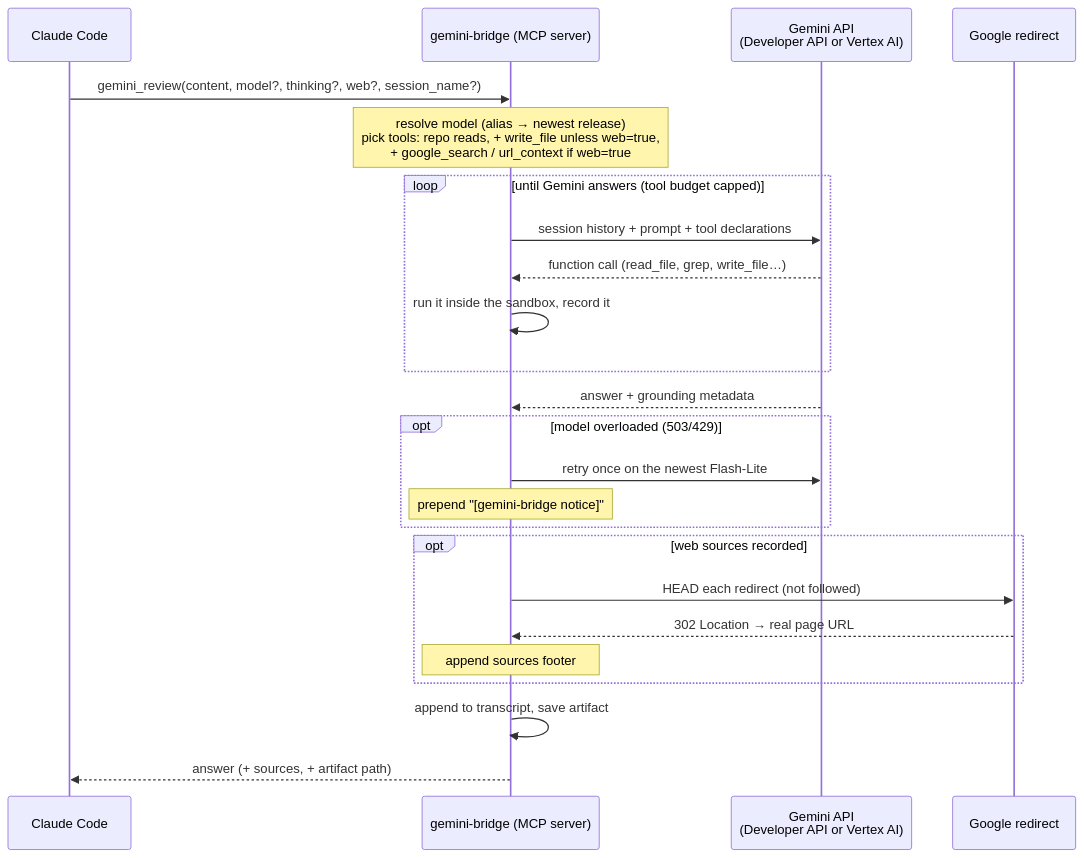
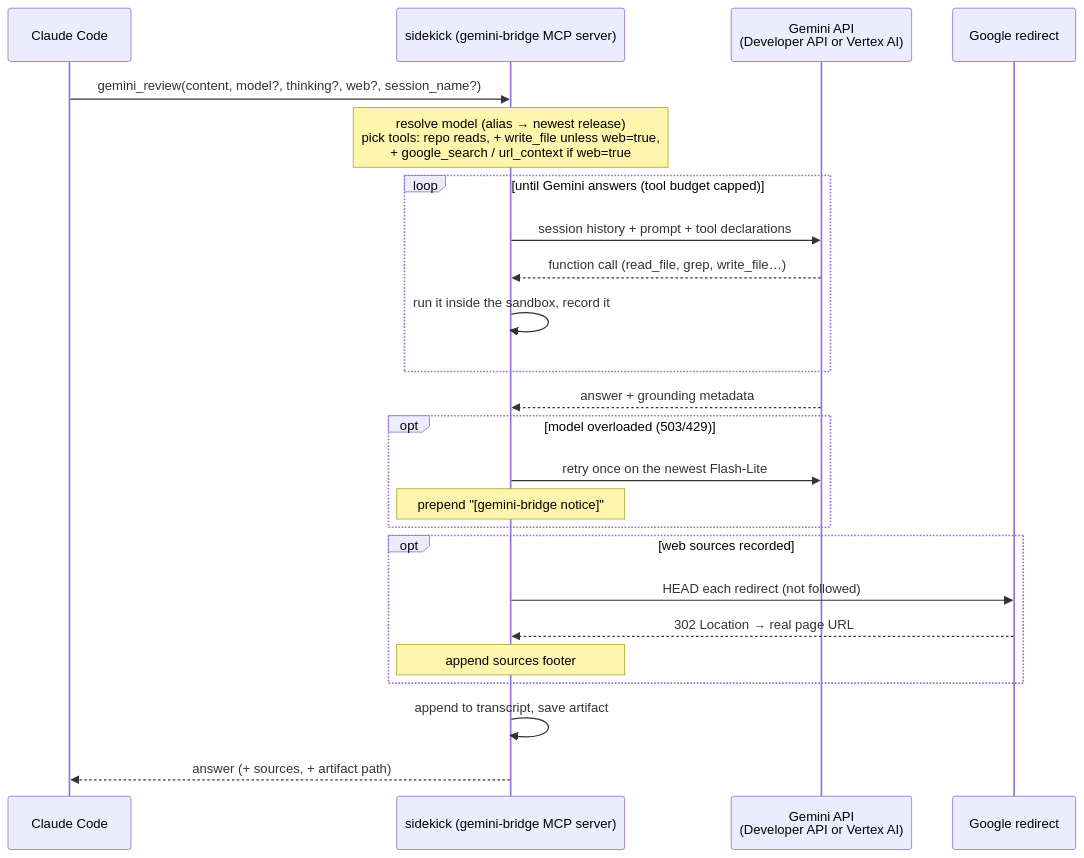
The diagram in README.md (FlintAndFilament/gemini-bridge), drawn with Mermaid before and after one commit. The commit also changed other lines of this file and 3 other files, not shown here.

````diff
--- a/README.md
+++ b/README.md
@@ -62,27 +64,27 @@
 ```mermaid
 sequenceDiagram
     participant CC as Claude Code
-    participant S as gemini-bridge (MCP server)
+    participant S as sidekick (gemini-bridge MCP server)
     participant G as Gemini API<br/>(Developer API or Vertex AI)
     participant R as Google redirect
 
     CC->>S: gemini_review(content, model?, thinking?, web?, session_name?)
     Note over S: resolve model (alias → newest release)<br/>pick tools: repo reads, + write_file unless web=true,<br/>+ google_search / url_context if web=true
     loop until Gemini answers (tool budget capped)
         S->>G: session history + prompt + tool declarations
         G-->>S: function call (read_file, grep, write_file…)
         S->>S: run it inside the sandbox, record it
     end
     G-->>S: answer + grounding metadata
     opt model overloaded (503/429)
         S->>G: retry once on the newest Flash-Lite
         Note over S: prepend "[gemini-bridge notice]"
     end
     opt web sources recorded
         S->>R: HEAD each redirect (not followed)
         R-->>S: 302 Location → real page URL
         Note over S: append sources footer
     end
     S->>S: append to transcript, save artifact
     S-->>CC: answer (+ sources, + artifact path)
 ```
````
